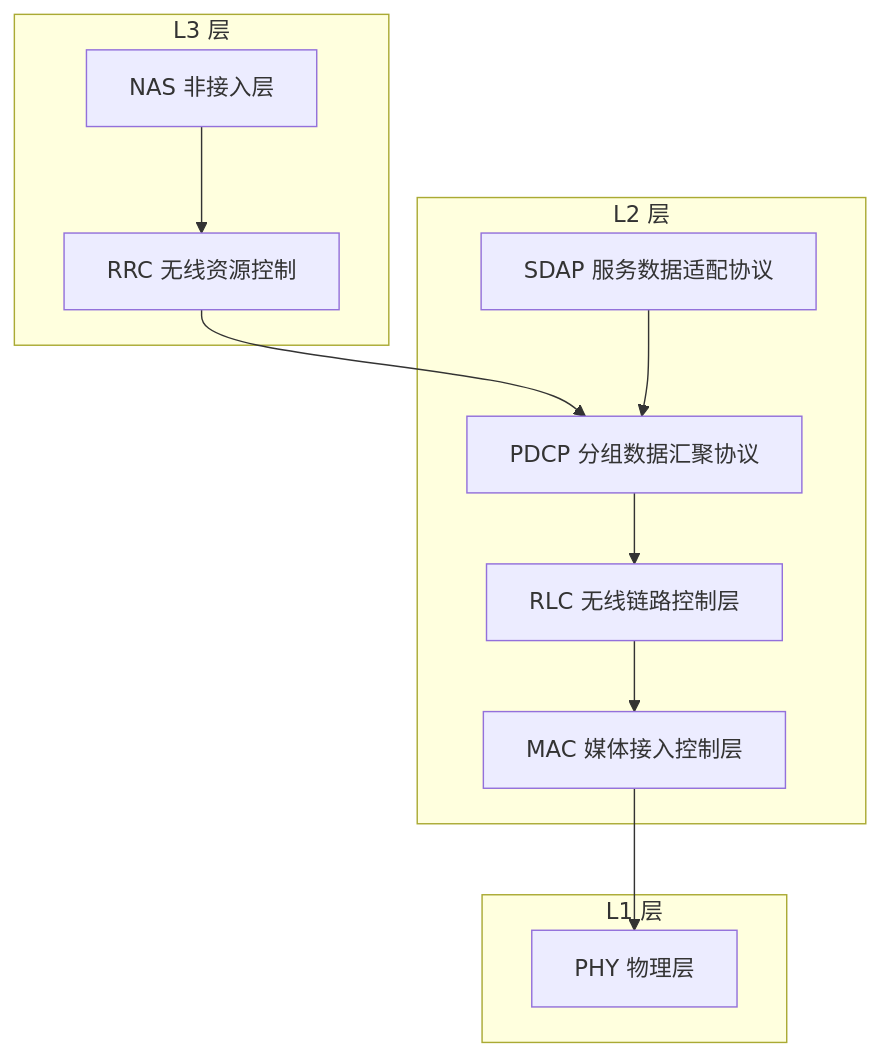
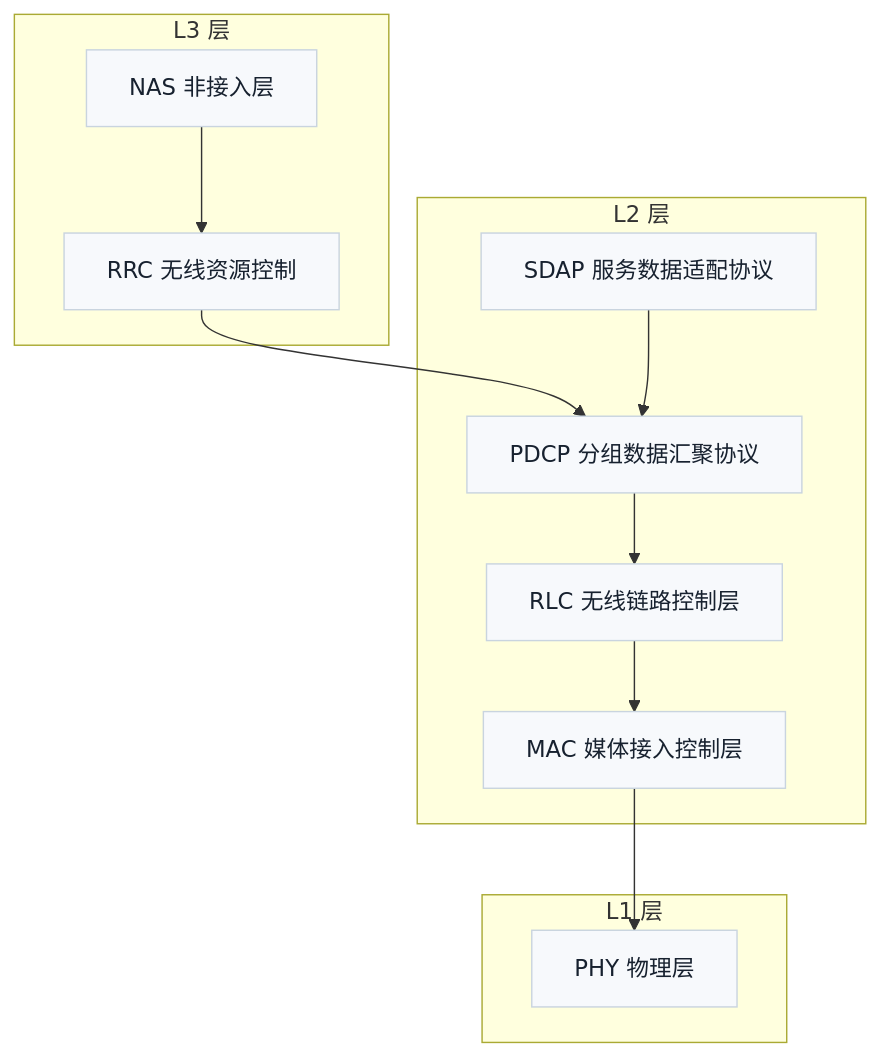
The first of 2 diagrams in 3gpp/docs/L0_协议阅读引导/T0.1_LTE_NR_decoder_protocol_reading_map.md (AuroraYaus/obsidian), drawn with Mermaid before and after one commit. The commit also changed 41 other files, not shown here.

Commit message:
fix(docs): Mermaid 样式声明全量补齐 48 处（2026-08-17 全量审核发现）——audit_mermaid_diagrams.py missing_style_declaration 修复：41 文件 48 块 flowchart 各补库内规范行 classDef default（#F7F9FC/#C9D4DF），mmdc 125/125 重渲染零失败 + 术语/首现/圈号无回归；映射表登记 audit_mermaid_diagrams.py 为规则 6 正式门禁（治理固化）

````diff
--- a/3gpp/docs/L0_协议阅读引导/T0.1_LTE_NR_decoder_protocol_reading_map.md
+++ b/3gpp/docs/L0_协议阅读引导/T0.1_LTE_NR_decoder_protocol_reading_map.md
@@ -83,23 +83,24 @@
 ```mermaid
 %%{init: {'theme': 'default'}}%%
 flowchart TB
     subgraph L3["L3 层"]
         NAS["NAS 非接入层"]
         RRC["RRC 无线资源控制"]
     end
     subgraph L2["L2 层"]
         SDAP["SDAP 服务数据适配协议"]
         PDCP["PDCP 分组数据汇聚协议"]
         RLC["RLC 无线链路控制层"]
         MAC["MAC 媒体接入控制层"]
     end
     subgraph L1["L1 层"]
         PHY["PHY 物理层"]
     end
     NAS --> RRC
     RRC --> PDCP
     SDAP --> PDCP
     PDCP --> RLC
     RLC --> MAC
     MAC --> PHY
+classDef default fill:#F7F9FC,stroke:#C9D4DF,color:#17212F;
 ```
````
